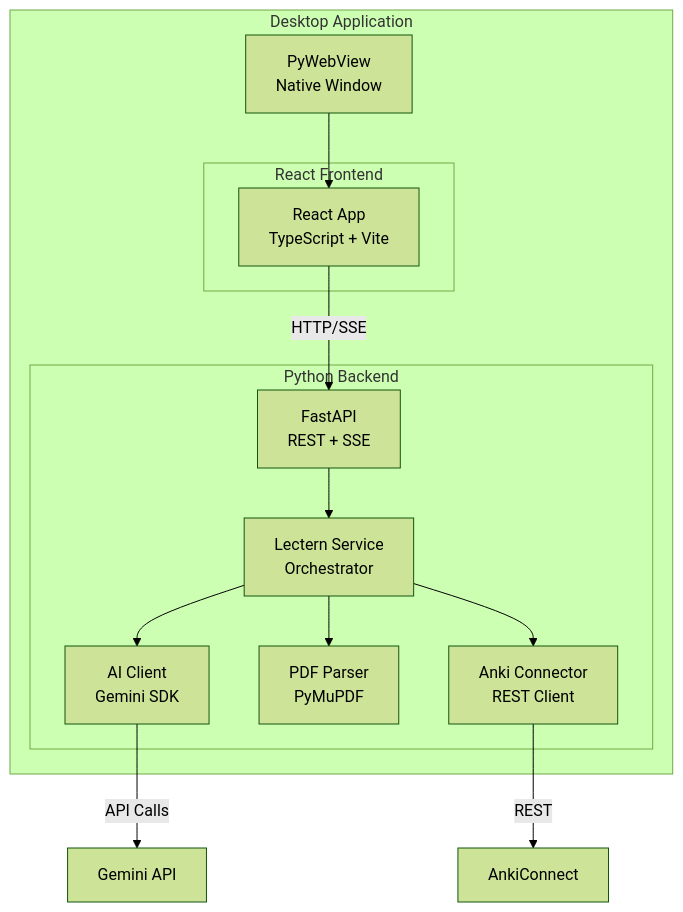
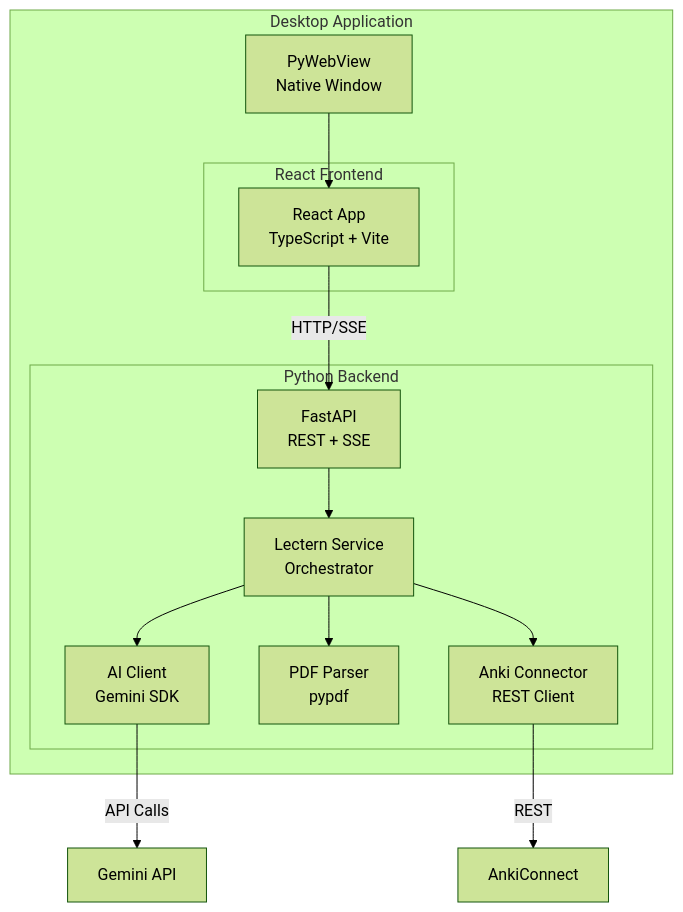
The second of 4 diagrams in docs/ARCHITECTURE.md (stegra05/Lectern), drawn with Mermaid (forest theme) before and after one commit. The commit also changed other lines of this file and 5 other files, not shown here.

````diff
--- a/docs/ARCHITECTURE.md
+++ b/docs/ARCHITECTURE.md
@@ -27,28 +27,28 @@
 ```mermaid
 graph TB
     subgraph Desktop["Desktop Application"]
         PyWebView["PyWebView<br/>Native Window"]
         
         subgraph Backend["Python Backend"]
             FastAPI["FastAPI<br/>REST + SSE"]
             Service["Lectern Service<br/>Orchestrator"]
             AIClient["AI Client<br/>Gemini SDK"]
-            PDFParser["PDF Parser<br/>PyMuPDF"]
+            PDFParser["PDF Parser<br/>pypdf"]
             AnkiConn["Anki Connector<br/>REST Client"]
         end
         
         subgraph Frontend["React Frontend"]
             React["React App<br/>TypeScript + Vite"]
         end
     end
     
     PyWebView --> React
     React -->|"HTTP/SSE"| FastAPI
     FastAPI --> Service
     Service --> AIClient
     Service --> PDFParser
     Service --> AnkiConn
     
     AIClient -->|"API Calls"| Gemini["Gemini API"]
     AnkiConn -->|"REST"| Anki["AnkiConnect"]
 ```
````
